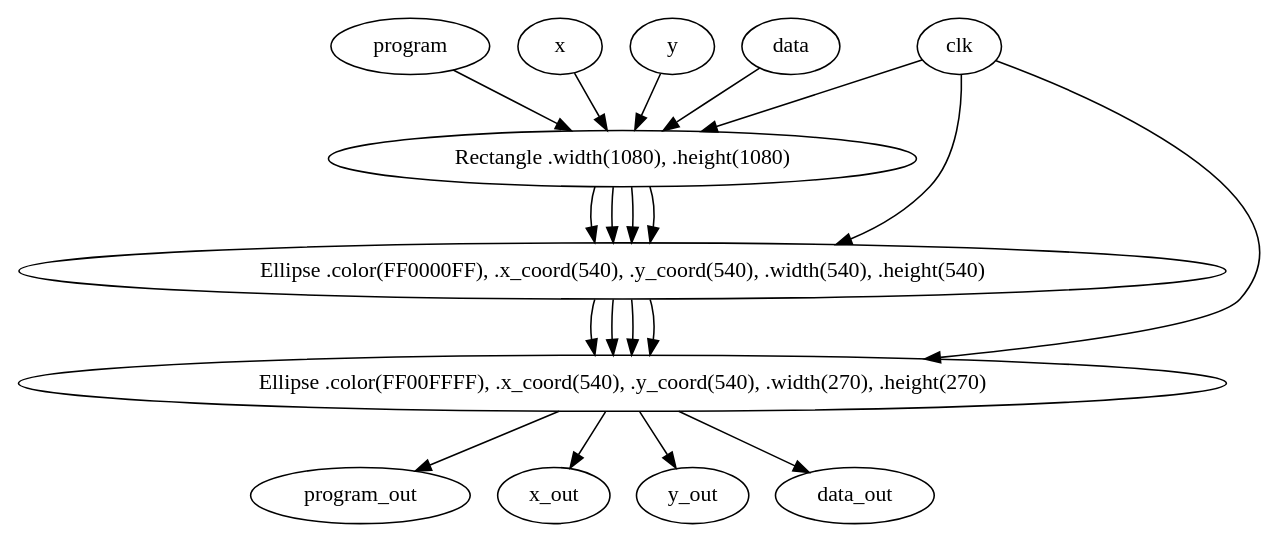
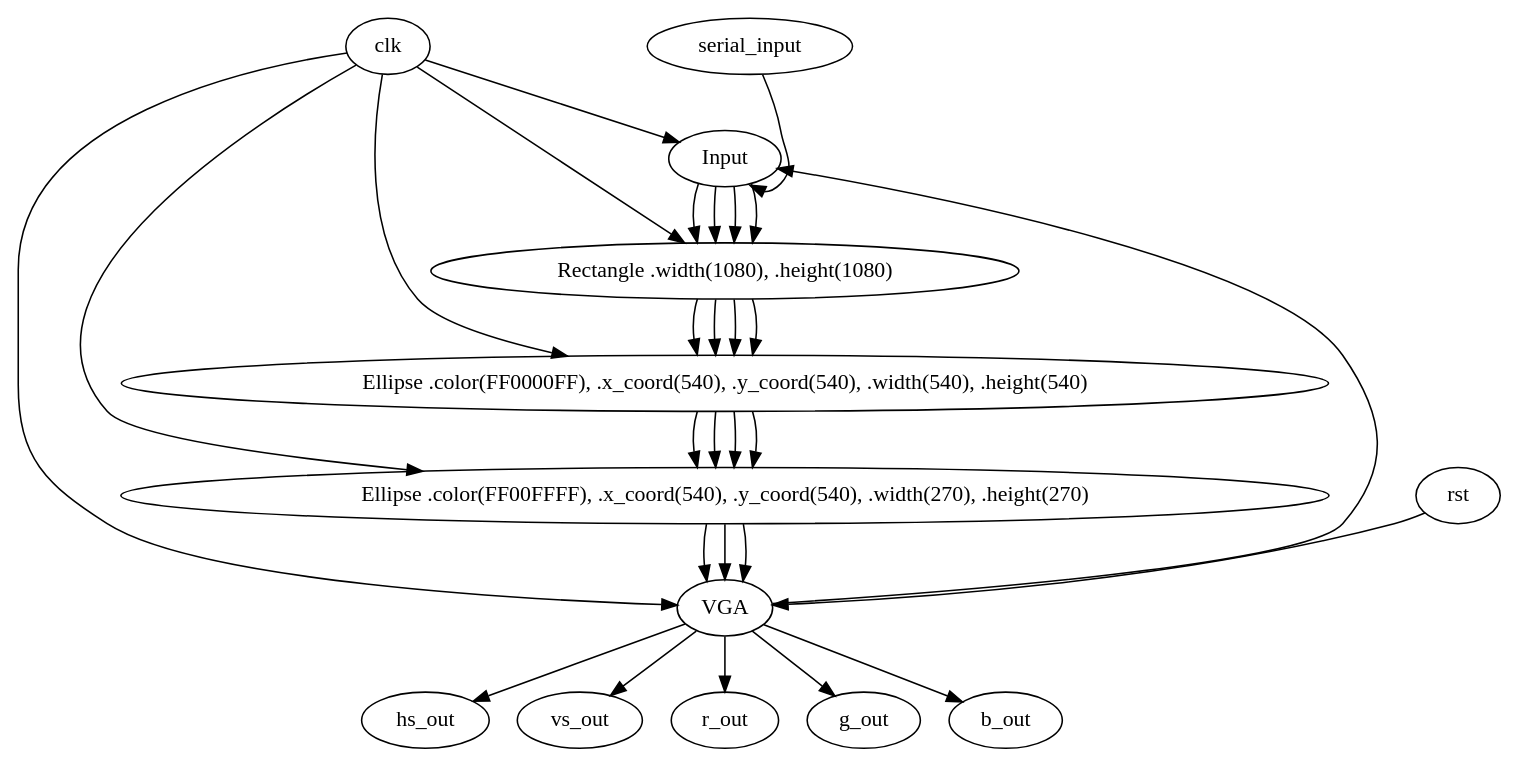
One commit to Db2515/FPGA_Rapid_Render changed the diagram in dotty_examples/target.dot. Above: the diagram before and after it, drawn with Graphviz.

Commit message:
Add Input and VGA components for testing

```diff
--- a/dotty_examples/target.dot
+++ b/dotty_examples/target.dot
@@ -1,31 +1,46 @@
  digraph Circuit {
+      Input [label="Input"];
       Shape0 [label="Rectangle .width(1080), .height(1080)"];
       Shape1 [label="Ellipse .color(FF0000FF), .x_coord(540), .y_coord(540), .width(540), .height(540)"];
       Shape2 [label="Ellipse .color(FF00FFFF), .x_coord(540), .y_coord(540), .width(270), .height(270)"];
-
+      VGA [label="VGA"];
+      
+      clk -> Input:clk;	#Don't want circuit info every shape needs clock
       clk -> Shape0:clk;
       clk -> Shape1:clk;
       clk -> Shape2:clk;
+      clk -> VGA:CLK;
 
-      program -> Shape0:program_in;
-      x -> Shape0:x;
-      y -> Shape0:y;
-      data -> Shape0:data_in;
+      serial_input -> Input:serial_input;
 
-      Shape2:program_out -> program_out;
-      Shape2:x_out -> x_out;
-      Shape2:y_out -> y_out;
-      Shape2:data_out -> data_out;
+      rst -> VGA:RST;
+      
+      VGA:VGA_LINEEND_OUT -> Input:resume;
+
+      Input:program_out -> Shape0:program_in;
+      Input:x_out -> Shape0:x;
+      Input:y_out -> Shape0:y;
+      Input:data_out -> Shape0:data_in;
  
       Shape0:program_out -> Shape1:program_in;
       Shape0:x_out -> Shape1:x
       Shape0:y_out -> Shape1:y
       Shape0:data_out -> Shape1:data_in
 
       Shape1:program_out -> Shape2:program_in;
-      Shape1:x_out -> Shape2:x
-      Shape1:y_out -> Shape2:y
-      Shape1:data_out -> Shape2:data_in
+      Shape1:x_out -> Shape2:x;
+      Shape1:y_out -> Shape2:y;
+      Shape1:data_out -> Shape2:data_in;
+
+      Shape2:program_out -> VGA:program_in;
+      Shape2:x_out -> VGA:x;
+      Shape2:data_out -> VGA:data_in;
+
+      VGA:VGA_HS_OUT -> hs_out;
+      VGA:VGA_VS_OUT -> vs_out;
+      VGA:VGA_R -> r_out;
+      VGA:VGA_G -> g_out;
+      VGA:VGA_B -> b_out;
 
  
 }
```
